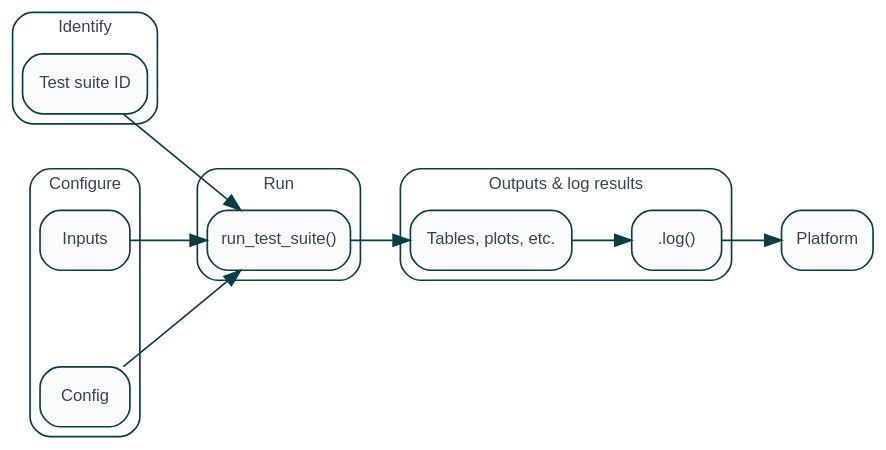
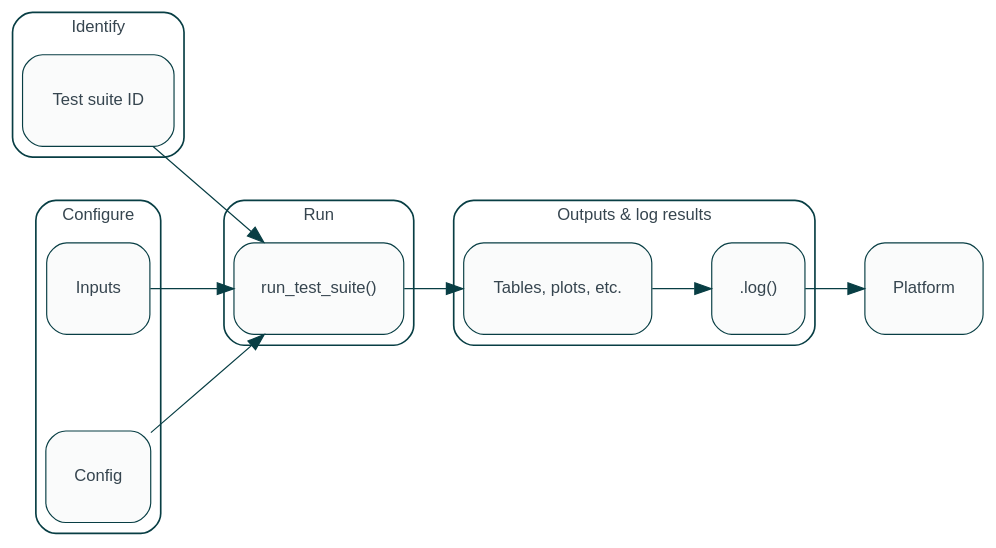
Before and after one commit to validmind/documentation: the second of 2 diagrams in site/developer/how-to/testing-overview.qmd, drawn with Graphviz. The commit also changed other lines of this file, not shown here.

Commit message:
A few more tweaks

````diff
--- a/site/developer/how-to/testing-overview.qmd
+++ b/site/developer/how-to/testing-overview.qmd
@@ -141,26 +141,26 @@
 ```{dot}
 digraph {
     rankdir=LR
     bgcolor="transparent"
     margin=0
     pad=0.1
     ranksep=0.5
     nodesep=0.8
-    node [shape=box, style="rounded,filled", fillcolor="#FAFBFB", color="#083E44", fontcolor="#36454F", fontname="Arial,Helvetica,sans-serif", fontsize=10, penwidth=1, margin="0.12,0.08"]
-    edge [color="#083E44", penwidth=1]
+    node [shape=box, style="rounded,filled", fillcolor="#FAFBFB", color="#083E44", fontcolor="#36454F", fontname="Arial,Helvetica,sans-serif", fontsize=10, penwidth=0.7, margin="0.24,0.3"]
+    edge [color="#083E44", penwidth=0.7]
     graph [fontcolor="#36454F", fontname="Arial,Helvetica,sans-serif", fontsize=10]
     
     subgraph cluster_identify { label="Identify"; style="rounded"; color="#083E44"; fillcolor="#FAFBFB"; margin=6; SuiteID [label="Test suite ID"] }
     subgraph cluster_configure { label="Configure"; style="rounded"; color="#083E44"; fillcolor="#FAFBFB"; margin=6; SuiteInputs [label="Inputs"]; SuiteConfig [label="Config"] }
     subgraph cluster_run { label="Run"; style="rounded"; color="#083E44"; fillcolor="#FAFBFB"; margin=6; RunSuite [label="run_test_suite()"] }
     subgraph cluster_output { label="Outputs & log results"; style="rounded"; color="#083E44"; fillcolor="#FAFBFB"; margin=6; SuiteOutput [label="Tables, plots, etc."]; SuiteLog [label=".log()"] }
     Platform
     
     SuiteID -> RunSuite
     SuiteInputs -> RunSuite
     SuiteConfig -> RunSuite
     RunSuite -> SuiteOutput
     SuiteOutput -> SuiteLog
     SuiteLog -> Platform
 }
 ```
````
